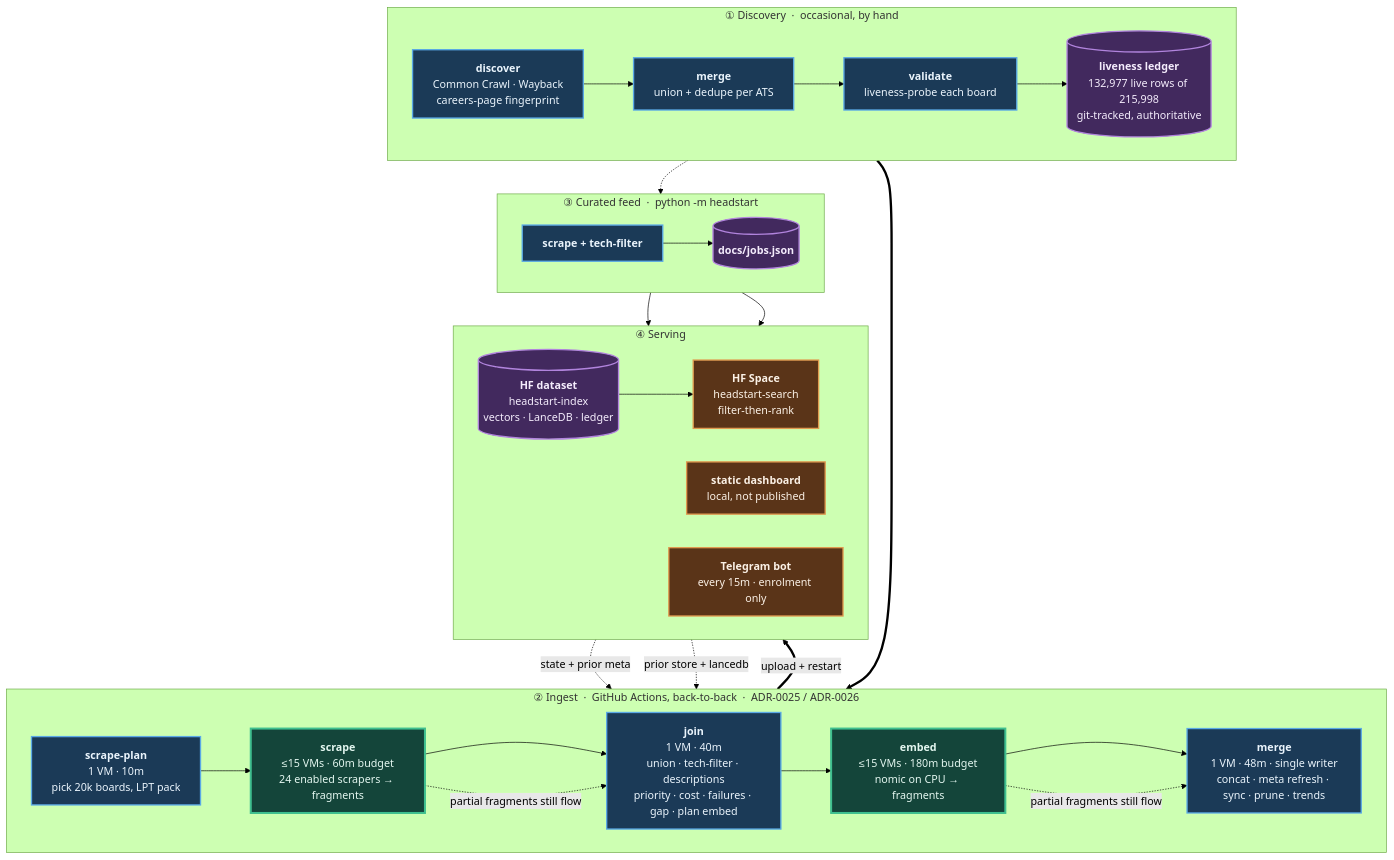
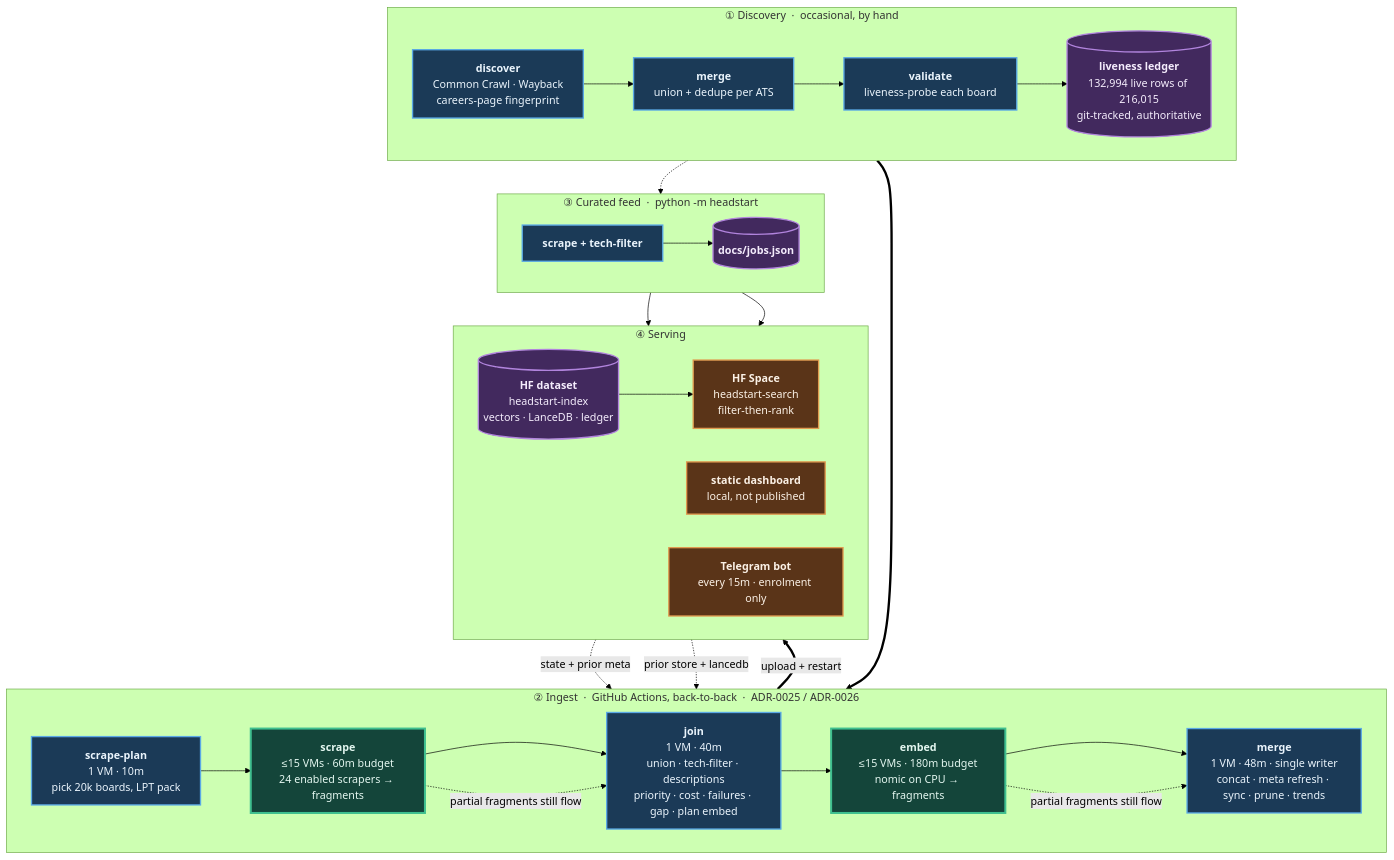
Before and after one commit to sarthakjain004/headstart: the diagram in README.md, drawn with Mermaid (forest theme). The commit also changed other lines of this file and 10 other files, not shown here.

````diff
--- a/README.md
+++ b/README.md
@@ -84,56 +84,56 @@
 ```mermaid
 flowchart TB
     subgraph D["① Discovery &nbsp;·&nbsp; occasional, by hand"]
         direction LR
         D1["<b>discover</b><br/>Common Crawl · Wayback<br/>careers-page fingerprint"]
         D2["<b>merge</b><br/>union + dedupe per ATS"]
         D3["<b>validate</b><br/>liveness-probe each board"]
-        D4[("<b>liveness ledger</b><br/>132,977 live rows of 215,998<br/>git-tracked, authoritative")]
+        D4[("<b>liveness ledger</b><br/>132,994 live rows of 216,015<br/>git-tracked, authoritative")]
         D1 --> D2 --> D3 --> D4
     end
 
     subgraph P["② Ingest &nbsp;·&nbsp; GitHub Actions, back-to-back &nbsp;·&nbsp; ADR-0025 / ADR-0026"]
         direction LR
         P1["<b>scrape-plan</b><br/>1 VM · 10m<br/>pick 20k boards, LPT pack"]
         P2["<b>scrape</b><br/>≤15 VMs · 60m budget<br/>24 enabled scrapers → fragments"]
         P3["<b>join</b><br/>1 VM · 40m<br/>union · tech-filter · descriptions<br/>priority · cost · failures · gap · plan embed"]
         P4["<b>embed</b><br/>≤15 VMs · 180m budget<br/>nomic on CPU → fragments"]
         P5["<b>merge</b><br/>1 VM · 48m · single writer<br/>concat · meta refresh · sync · prune · trends"]
         P1 --> P2 --> P3 --> P4 --> P5
     end
 
     subgraph F["③ Curated feed &nbsp;·&nbsp; python -m headstart"]
         direction LR
         F1["<b>scrape + tech-filter</b>"]
         F2[("<b>docs/jobs.json</b>")]
         F1 --> F2
     end
 
     subgraph S["④ Serving"]
         direction LR
         S1[("<b>HF dataset</b><br/>headstart-index<br/>vectors · LanceDB · ledger")]
         S2["<b>HF Space</b><br/>headstart-search<br/>filter-then-rank"]
         S3["<b>static dashboard</b><br/>local, not published"]
         S4["<b>Telegram bot</b><br/>every 15m · enrolment only"]
         S1 --> S2
     end
 
     D4 ==> P1
     S1 -. "state + prior meta" .-> P1
     S1 -. "prior store + lancedb" .-> P5
     D4 -.-> F1
     P5 ==>|"upload + restart"| S1
     F2 --> S3
     F2 --> S4
     P2 -. "partial fragments still flow" .-> P3
     P4 -. "partial fragments still flow" .-> P5
 
     classDef serial fill:#1b3a57,stroke:#5aa9e6,stroke-width:2px,color:#eaf4fc
     classDef fan fill:#14453a,stroke:#3fbf8f,stroke-width:3px,color:#e4f7f0
     classDef store fill:#42295e,stroke:#b184dd,stroke-width:2px,color:#f4ecfc
     classDef serve fill:#5a3418,stroke:#e09a4f,stroke-width:2px,color:#fbf1e6
     class D1,D2,D3,P1,P3,P5,F1 serial
     class P2,P4 fan
     class D4,F2,S1 store
     class S2,S3,S4 serve
 ```
````
